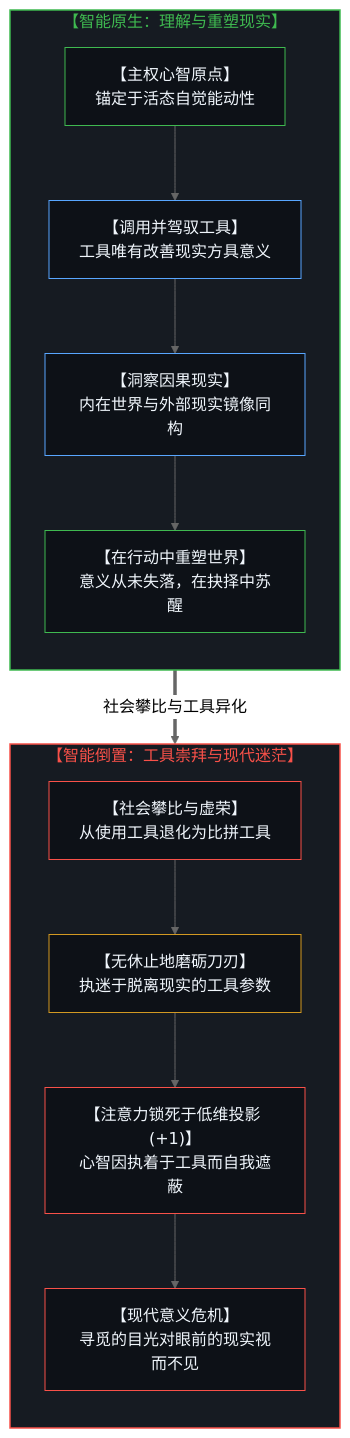
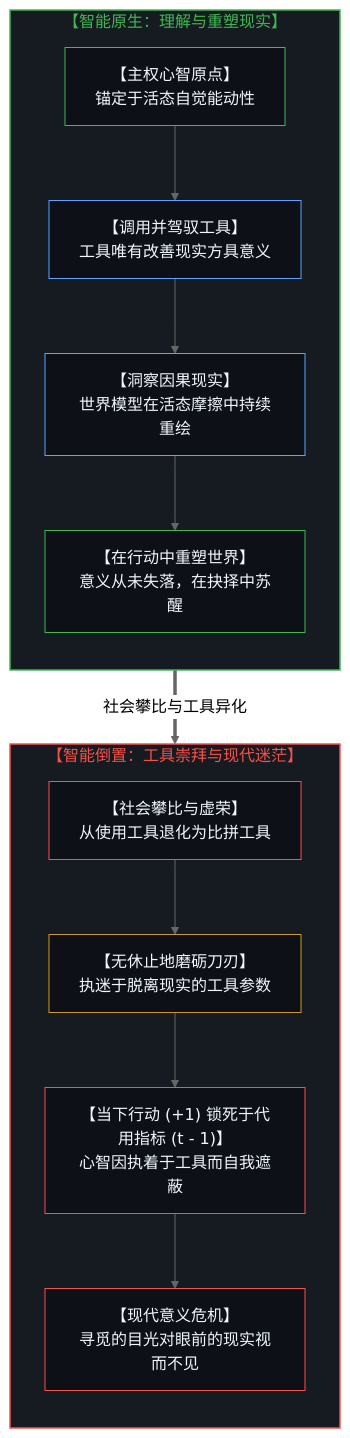
Before and after one commit to powerpig99/not-a-toe: diagram 11 of 16 in content/posts/the-dissolution-of-the-great-reversal.md, drawn with Mermaid (neutral theme). The commit also changed other lines of this file and 2 other files, not shown here.

Commit message:
Consolidate Deep Sleep Batch 13: refine a-creation-cannot-replace-its-source, data-is-local-intelligence-is-allocated, and the-dissolution-of-the-great-reversal

````diff
--- a/content/posts/the-dissolution-of-the-great-reversal.md
+++ b/content/posts/the-dissolution-of-the-great-reversal.md
@@ -397,34 +397,34 @@
 ```mermaid
 flowchart TD
     subgraph S_NativeIntel["【智能原生：理解与重塑现实】"]
         direction TB
         SovereignMind["【主权心智原点】<br/>锚定于活态自觉能动性"]
         LeverageTools["【调用并驾驭工具】<br/>工具唯有改善现实方具意义"]
-        DeepClarity["【洞察因果现实】<br/>内在世界与外部现实镜像同构"]
+        DeepClarity["【洞察因果现实】<br/>世界模型在活态摩擦中持续重绘"]
         ReshapeReality["【在行动中重塑世界】<br/>意义从未失落，在抉择中苏醒"]
         SovereignMind --> LeverageTools
         LeverageTools --> DeepClarity
         DeepClarity --> ReshapeReality
     end
     S_NativeIntel ==>|"社会攀比与工具异化"| S_ToolTrap
     subgraph S_ToolTrap["【智能倒置：工具崇拜与现代迷茫】"]
         direction TB
         StatusComparison["【社会攀比与虚荣】<br/>从使用工具退化为比拼工具"]
         InfinitePolishing["【无休止地磨砺刀刃】<br/>执迷于脱离现实的工具参数"]
-        LowDimProjection["【注意力锁死于低维投影 (+1)】<br/>心智因执着于工具而自我遮蔽"]
+        LowDimProjection["【当下行动 (+1) 锁死于代用指标 (t - 1)】<br/>心智因执着于工具而自我遮蔽"]
         ExistentialLost["【现代意义危机】<br/>寻觅的目光对眼前的现实视而不见"]
         StatusComparison --> InfinitePolishing
         InfinitePolishing --> LowDimProjection
         LowDimProjection --> ExistentialLost
     end
     style S_NativeIntel fill:#161b22,stroke:#3fb950,stroke-width:1.5px,color:#3fb950
     style S_ToolTrap fill:#161b22,stroke:#f85149,stroke-width:1.5px,color:#f85149
     style SovereignMind fill:#0d1117,stroke:#3fb950,stroke-width:1px,color:#f0f6fc
     style LeverageTools fill:#0d1117,stroke:#58a6ff,stroke-width:1px,color:#f0f6fc
     style DeepClarity fill:#0d1117,stroke:#58a6ff,stroke-width:1px,color:#f0f6fc
     style ReshapeReality fill:#0d1117,stroke:#3fb950,stroke-width:1px,color:#f0f6fc
     style StatusComparison fill:#0d1117,stroke:#f85149,stroke-width:1px,color:#f0f6fc
     style InfinitePolishing fill:#0d1117,stroke:#d29922,stroke-width:1px,color:#f0f6fc
     style LowDimProjection fill:#0d1117,stroke:#f85149,stroke-width:1px,color:#f0f6fc
     style ExistentialLost fill:#0d1117,stroke:#f85149,stroke-width:1px,color:#f0f6fc
 ```
````
